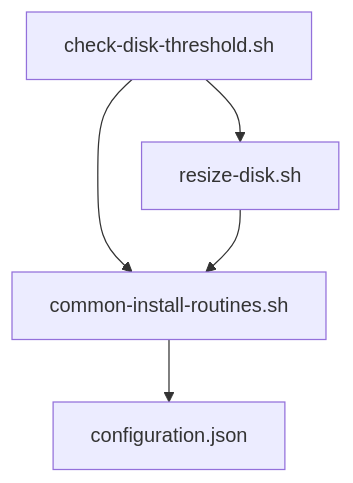
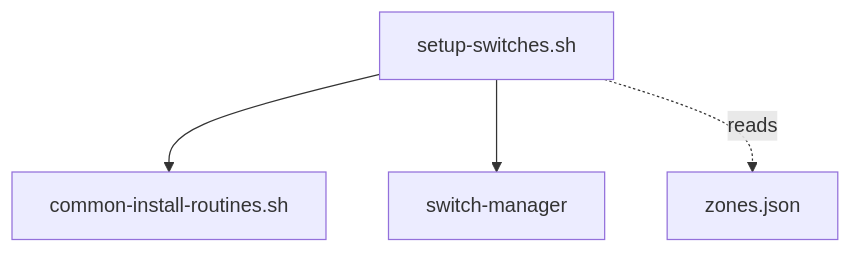
The fifth of 6 diagrams in src/foundation/DEPENDENCIES.md (TAPPaaS/TAPPaaS), drawn with Mermaid before and after one commit. The commit also changed other lines of this file and 3 other files, not shown here.

````diff
--- a/src/foundation/DEPENDENCIES.md
+++ b/src/foundation/DEPENDENCIES.md
@@ -373,7 +176,6 @@
 ```mermaid
 graph TD
-    A["check-disk-threshold.sh"] --> B["common-install-routines.sh"]
-    A --> C["resize-disk.sh"]
-    B --> D["configuration.json"]
-    C --> B
+    SS["setup-switches.sh"] --> CIR["common-install-routines.sh"]
+    SS --> SM["switch-manager"]
+    SS -.reads.-> ZN["zones.json"]
 ```
````
